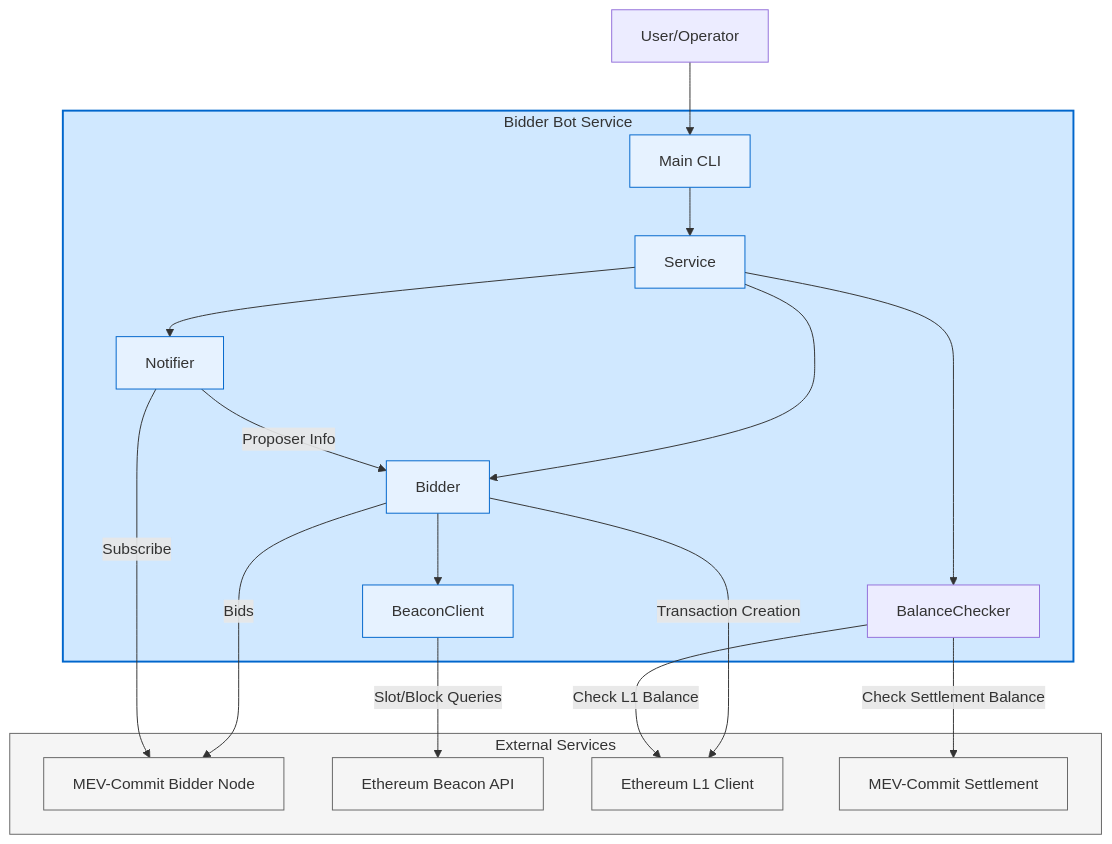
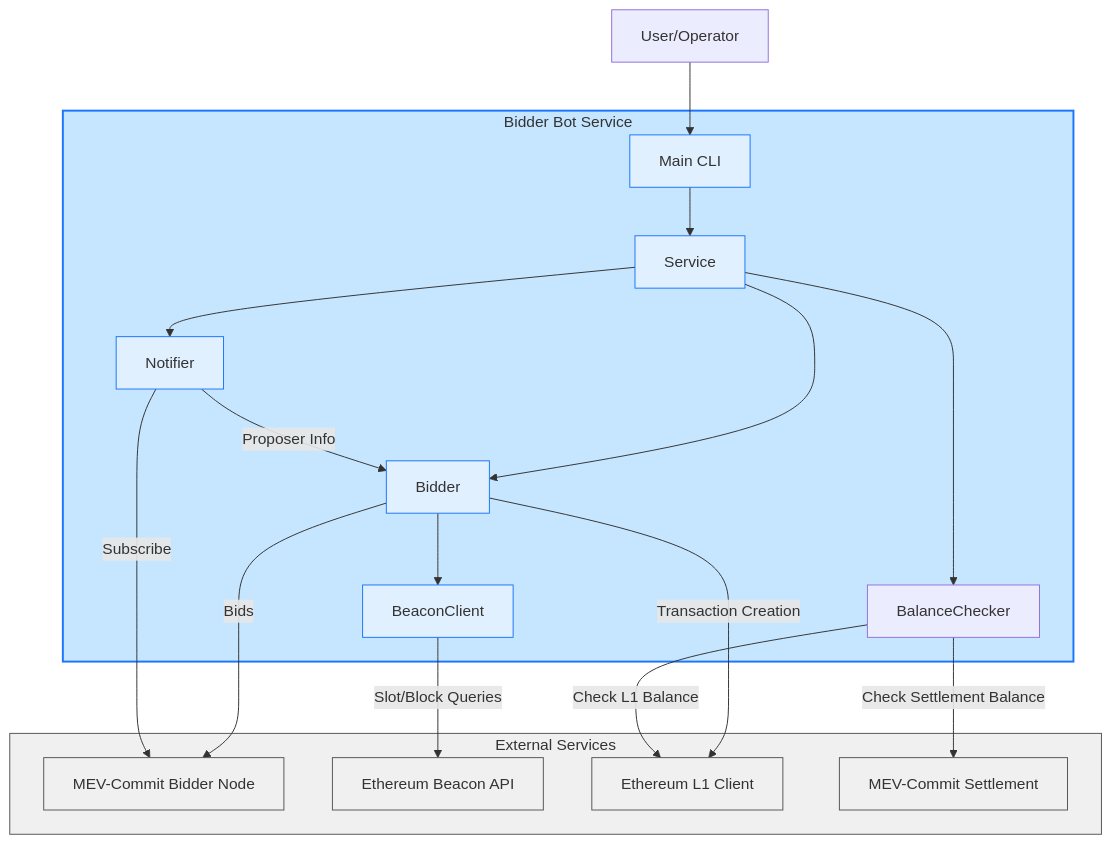
One commit to primev/mev-commit changed the first of 5 diagrams in tools/bidder-bot/README.md. Above: the diagram before and after it, drawn with Mermaid. The commit also changed other lines of this file, not shown here.

````diff
--- a/tools/bidder-bot/README.md
+++ b/tools/bidder-bot/README.md
@@ -9,29 +9,29 @@
 ```mermaid
 flowchart TB
     User[User/Operator] --> Main
     subgraph BidderBot["Bidder Bot Service"]
         Main[Main CLI] --> Service
         Service --> Notifier
         Service --> Bidder
         Service --> BalanceChecker
         Notifier -- "Proposer Info" --> Bidder
         Bidder --> BeaconClient
     end
     
     subgraph External["External Services"]
         Bidder -- "Bids" --> BidderNode["MEV-Commit Bidder Node"]
         Notifier -- "Subscribe" --> BidderNode
         BeaconClient -- "Slot/Block Queries" --> BeaconAPI["Ethereum Beacon API"]
         Bidder -- "Transaction Creation" --> L1Client["Ethereum L1 Client"]
         BalanceChecker -- "Check L1 Balance" --> L1Client
         BalanceChecker -- "Check Settlement Balance" --> SettlementRPC["MEV-Commit Settlement"]
     end
 
-    classDef primary fill:#d0e8ff,stroke:#0066cc,stroke-width:2px
-    classDef secondary fill:#e6f2ff,stroke:#0066cc,stroke-width:1px
-    classDef external fill:#f5f5f5,stroke:#666666,stroke-width:1px
+    classDef primary fill:#c6e6ff,stroke:#1a75ff,stroke-width:2px
+    classDef secondary fill:#e1f0ff,stroke:#1a75ff,stroke-width:1px
+    classDef external fill:#f0f0f0,stroke:#555555,stroke-width:1px
     
     class BidderBot primary
     class Bidder,Notifier,BeaconClient,Service,Main secondary
     class External,BidderNode,BeaconAPI,L1Client,SettlementRPC external
 ```
````
